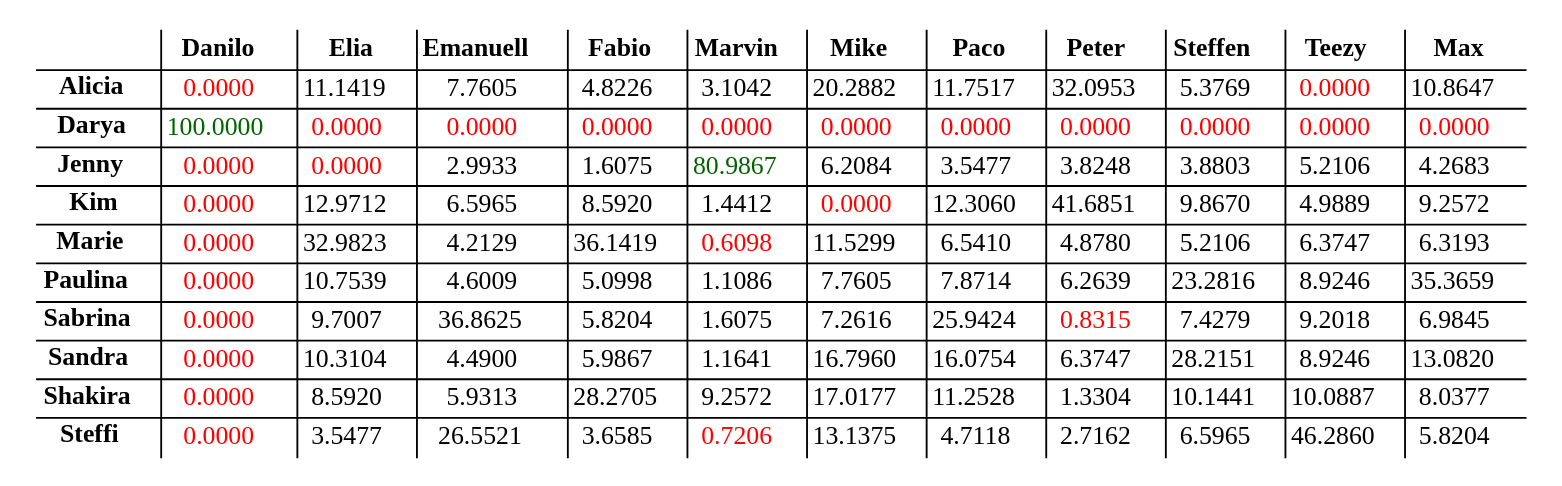
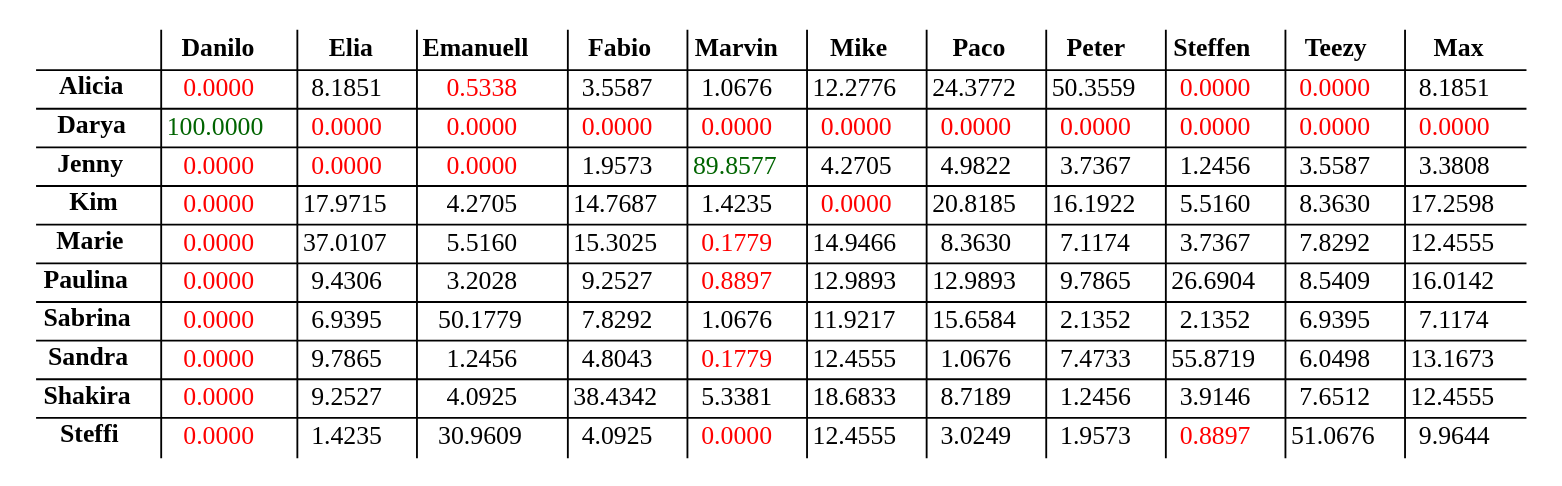
The diagram in s03r/s03r_tab.dot (atticus-sullivan/sim-ayto), drawn with Graphviz before and after one commit. The commit also changed 7 other files, not shown here.

```diff
--- a/s03r/s03r_tab.dot
+++ b/s03r/s03r_tab.dot
@@ -1,158 +1,158 @@
 digraph structs { node[shape=plaintext] struct[label=<
 <table cellspacing="2" border="0" rows="*" columns="*">
 <tr>
 <td></td>
 <td><B>Danilo</B></td>
 <td><B>Elia</B></td>
 <td><B>Emanuell</B></td>
 <td><B>Fabio</B></td>
 <td><B>Marvin</B></td>
 <td><B>Mike</B></td>
 <td><B>Paco</B></td>
 <td><B>Peter</B></td>
 <td><B>Steffen</B></td>
 <td><B>Teezy</B></td>
 <td><B>Max</B></td>
 </tr>
 <tr>
 <td><B>Alicia</B></td>
 <td><font color="red">0.0000</font></td>
-<td><font color="black">11.1419</font></td>
-<td><font color="black">7.7605</font></td>
-<td><font color="black">4.8226</font></td>
-<td><font color="black">3.1042</font></td>
-<td><font color="black">20.2882</font></td>
-<td><font color="black">11.7517</font></td>
-<td><font color="black">32.0953</font></td>
-<td><font color="black">5.3769</font></td>
+<td><font color="black">8.1851</font></td>
+<td><font color="red">0.5338</font></td>
+<td><font color="black">3.5587</font></td>
+<td><font color="black">1.0676</font></td>
+<td><font color="black">12.2776</font></td>
+<td><font color="black">24.3772</font></td>
+<td><font color="black">50.3559</font></td>
 <td><font color="red">0.0000</font></td>
-<td><font color="black">10.8647</font></td>
+<td><font color="red">0.0000</font></td>
+<td><font color="black">8.1851</font></td>
 </tr>
 <tr>
 <td><B>Darya</B></td>
 <td><font color="darkgreen">100.0000</font></td>
 <td><font color="red">0.0000</font></td>
 <td><font color="red">0.0000</font></td>
 <td><font color="red">0.0000</font></td>
 <td><font color="red">0.0000</font></td>
 <td><font color="red">0.0000</font></td>
 <td><font color="red">0.0000</font></td>
 <td><font color="red">0.0000</font></td>
 <td><font color="red">0.0000</font></td>
 <td><font color="red">0.0000</font></td>
 <td><font color="red">0.0000</font></td>
 </tr>
 <tr>
 <td><B>Jenny</B></td>
 <td><font color="red">0.0000</font></td>
 <td><font color="red">0.0000</font></td>
-<td><font color="black">2.9933</font></td>
-<td><font color="black">1.6075</font></td>
-<td><font color="darkgreen">80.9867</font></td>
-<td><font color="black">6.2084</font></td>
-<td><font color="black">3.5477</font></td>
-<td><font color="black">3.8248</font></td>
-<td><font color="black">3.8803</font></td>
-<td><font color="black">5.2106</font></td>
-<td><font color="black">4.2683</font></td>
+<td><font color="red">0.0000</font></td>
+<td><font color="black">1.9573</font></td>
+<td><font color="darkgreen">89.8577</font></td>
+<td><font color="black">4.2705</font></td>
+<td><font color="black">4.9822</font></td>
+<td><font color="black">3.7367</font></td>
+<td><font color="black">1.2456</font></td>
+<td><font color="black">3.5587</font></td>
+<td><font color="black">3.3808</font></td>
 </tr>
 <tr>
 <td><B>Kim</B></td>
 <td><font color="red">0.0000</font></td>
-<td><font color="black">12.9712</font></td>
-<td><font color="black">6.5965</font></td>
-<td><font color="black">8.5920</font></td>
-<td><font color="black">1.4412</font></td>
+<td><font color="black">17.9715</font></td>
+<td><font color="black">4.2705</font></td>
+<td><font color="black">14.7687</font></td>
+<td><font color="black">1.4235</font></td>
 <td><font color="red">0.0000</font></td>
-<td><font color="black">12.3060</font></td>
-<td><font color="black">41.6851</font></td>
-<td><font color="black">9.8670</font></td>
-<td><font color="black">4.9889</font></td>
-<td><font color="black">9.2572</font></td>
+<td><font color="black">20.8185</font></td>
+<td><font color="black">16.1922</font></td>
+<td><font color="black">5.5160</font></td>
+<td><font color="black">8.3630</font></td>
+<td><font color="black">17.2598</font></td>
 </tr>
 <tr>
 <td><B>Marie</B></td>
 <td><font color="red">0.0000</font></td>
-<td><font color="black">32.9823</font></td>
-<td><font color="black">4.2129</font></td>
-<td><font color="black">36.1419</font></td>
-<td><font color="red">0.6098</font></td>
-<td><font color="black">11.5299</font></td>
-<td><font color="black">6.5410</font></td>
-<td><font color="black">4.8780</font></td>
-<td><font color="black">5.2106</font></td>
-<td><font color="black">6.3747</font></td>
-<td><font color="black">6.3193</font></td>
+<td><font color="black">37.0107</font></td>
+<td><font color="black">5.5160</font></td>
+<td><font color="black">15.3025</font></td>
+<td><font color="red">0.1779</font></td>
+<td><font color="black">14.9466</font></td>
+<td><font color="black">8.3630</font></td>
+<td><font color="black">7.1174</font></td>
+<td><font color="black">3.7367</font></td>
+<td><font color="black">7.8292</font></td>
+<td><font color="black">12.4555</font></td>
 </tr>
 <tr>
 <td><B>Paulina</B></td>
 <td><font color="red">0.0000</font></td>
-<td><font color="black">10.7539</font></td>
-<td><font color="black">4.6009</font></td>
-<td><font color="black">5.0998</font></td>
-<td><font color="black">1.1086</font></td>
-<td><font color="black">7.7605</font></td>
-<td><font color="black">7.8714</font></td>
-<td><font color="black">6.2639</font></td>
-<td><font color="black">23.2816</font></td>
-<td><font color="black">8.9246</font></td>
-<td><font color="black">35.3659</font></td>
+<td><font color="black">9.4306</font></td>
+<td><font color="black">3.2028</font></td>
+<td><font color="black">9.2527</font></td>
+<td><font color="red">0.8897</font></td>
+<td><font color="black">12.9893</font></td>
+<td><font color="black">12.9893</font></td>
+<td><font color="black">9.7865</font></td>
+<td><font color="black">26.6904</font></td>
+<td><font color="black">8.5409</font></td>
+<td><font color="black">16.0142</font></td>
 </tr>
 <tr>
 <td><B>Sabrina</B></td>
 <td><font color="red">0.0000</font></td>
-<td><font color="black">9.7007</font></td>
-<td><font color="black">36.8625</font></td>
-<td><font color="black">5.8204</font></td>
-<td><font color="black">1.6075</font></td>
-<td><font color="black">7.2616</font></td>
-<td><font color="black">25.9424</font></td>
-<td><font color="red">0.8315</font></td>
-<td><font color="black">7.4279</font></td>
-<td><font color="black">9.2018</font></td>
-<td><font color="black">6.9845</font></td>
+<td><font color="black">6.9395</font></td>
+<td><font color="black">50.1779</font></td>
+<td><font color="black">7.8292</font></td>
+<td><font color="black">1.0676</font></td>
+<td><font color="black">11.9217</font></td>
+<td><font color="black">15.6584</font></td>
+<td><font color="black">2.1352</font></td>
+<td><font color="black">2.1352</font></td>
+<td><font color="black">6.9395</font></td>
+<td><font color="black">7.1174</font></td>
 </tr>
 <tr>
 <td><B>Sandra</B></td>
 <td><font color="red">0.0000</font></td>
-<td><font color="black">10.3104</font></td>
-<td><font color="black">4.4900</font></td>
-<td><font color="black">5.9867</font></td>
-<td><font color="black">1.1641</font></td>
-<td><font color="black">16.7960</font></td>
-<td><font color="black">16.0754</font></td>
-<td><font color="black">6.3747</font></td>
-<td><font color="black">28.2151</font></td>
-<td><font color="black">8.9246</font></td>
-<td><font color="black">13.0820</font></td>
+<td><font color="black">9.7865</font></td>
+<td><font color="black">1.2456</font></td>
+<td><font color="black">4.8043</font></td>
+<td><font color="red">0.1779</font></td>
+<td><font color="black">12.4555</font></td>
+<td><font color="black">1.0676</font></td>
+<td><font color="black">7.4733</font></td>
+<td><font color="black">55.8719</font></td>
+<td><font color="black">6.0498</font></td>
+<td><font color="black">13.1673</font></td>
 </tr>
 <tr>
 <td><B>Shakira</B></td>
 <td><font color="red">0.0000</font></td>
-<td><font color="black">8.5920</font></td>
-<td><font color="black">5.9313</font></td>
-<td><font color="black">28.2705</font></td>
-<td><font color="black">9.2572</font></td>
-<td><font color="black">17.0177</font></td>
-<td><font color="black">11.2528</font></td>
-<td><font color="black">1.3304</font></td>
-<td><font color="black">10.1441</font></td>
-<td><font color="black">10.0887</font></td>
-<td><font color="black">8.0377</font></td>
+<td><font color="black">9.2527</font></td>
+<td><font color="black">4.0925</font></td>
+<td><font color="black">38.4342</font></td>
+<td><font color="black">5.3381</font></td>
+<td><font color="black">18.6833</font></td>
+<td><font color="black">8.7189</font></td>
+<td><font color="black">1.2456</font></td>
+<td><font color="black">3.9146</font></td>
+<td><font color="black">7.6512</font></td>
+<td><font color="black">12.4555</font></td>
 </tr>
 <tr>
 <td><B>Steffi</B></td>
 <td><font color="red">0.0000</font></td>
-<td><font color="black">3.5477</font></td>
-<td><font color="black">26.5521</font></td>
-<td><font color="black">3.6585</font></td>
-<td><font color="red">0.7206</font></td>
-<td><font color="black">13.1375</font></td>
-<td><font color="black">4.7118</font></td>
-<td><font color="black">2.7162</font></td>
-<td><font color="black">6.5965</font></td>
-<td><font color="black">46.2860</font></td>
-<td><font color="black">5.8204</font></td>
+<td><font color="black">1.4235</font></td>
+<td><font color="black">30.9609</font></td>
+<td><font color="black">4.0925</font></td>
+<td><font color="red">0.0000</font></td>
+<td><font color="black">12.4555</font></td>
+<td><font color="black">3.0249</font></td>
+<td><font color="black">1.9573</font></td>
+<td><font color="red">0.8897</font></td>
+<td><font color="black">51.0676</font></td>
+<td><font color="black">9.9644</font></td>
 </tr>
 </table>
 >];}
```
